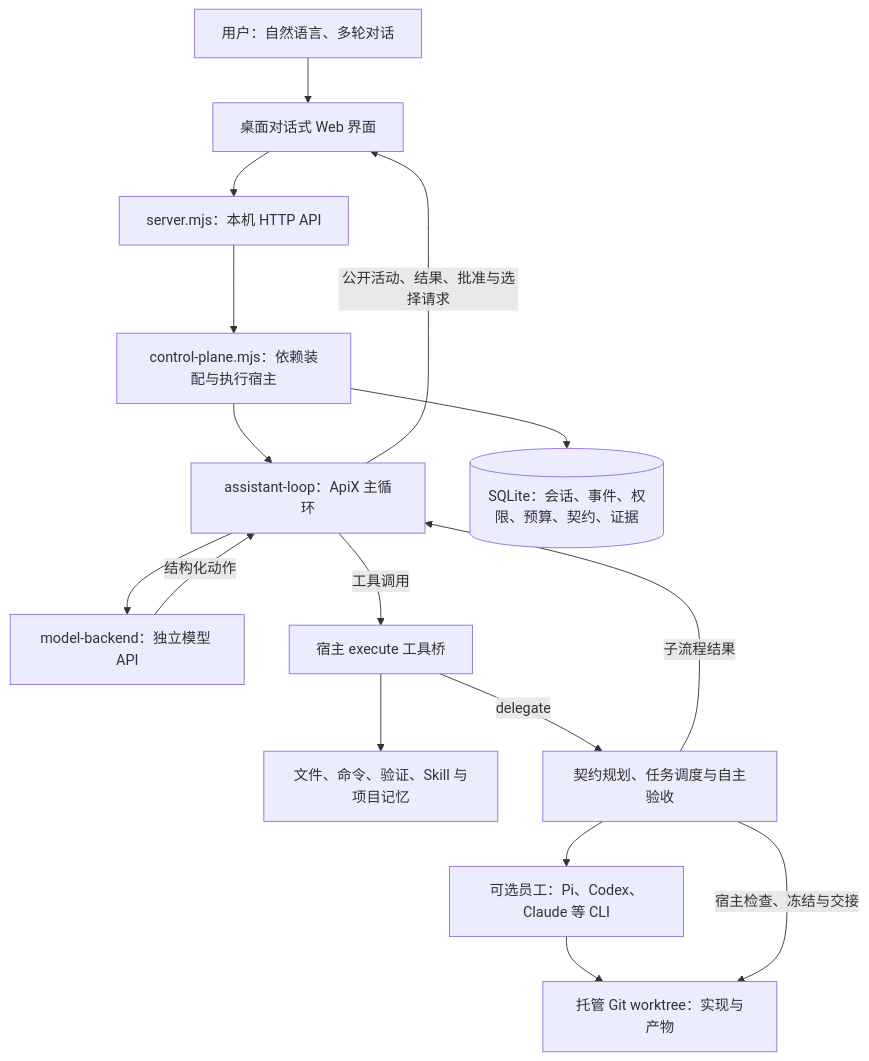
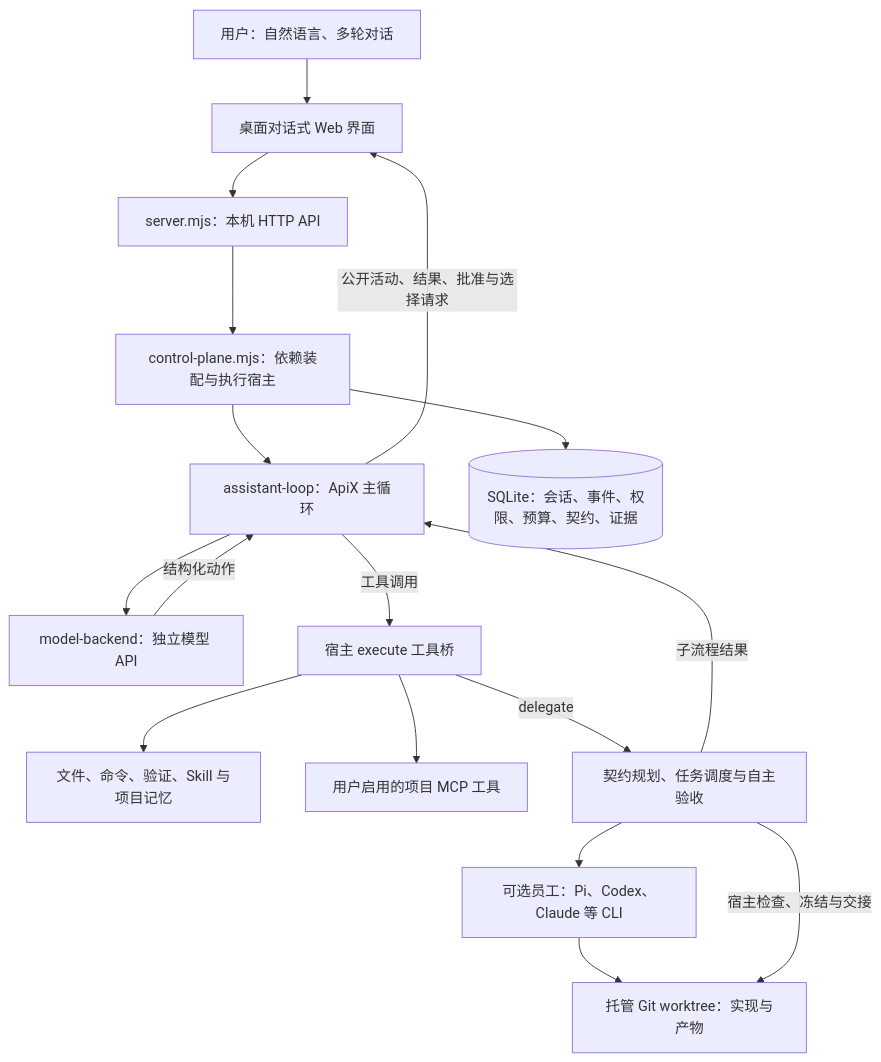
Before and after one commit to Makimasdog/ApiX-Control-Center: the first of 4 diagrams in docs/ApiX当前架构与主循环.md, drawn with Mermaid. The commit also changed other lines of this file and 12 other files, not shown here.

````diff
--- a/docs/ApiX当前架构与主循环.md
+++ b/docs/ApiX当前架构与主循环.md
@@ -9,18 +9,19 @@
 ```mermaid
 flowchart TB
     U[用户：自然语言、多轮对话] --> UI[桌面对话式 Web 界面]
     UI --> API[server.mjs：本机 HTTP API]
     API --> HOST[control-plane.mjs：依赖装配与执行宿主]
     HOST --> MAIN[assistant-loop：ApiX 主循环]
     MAIN --> MODEL[model-backend：独立模型 API]
     MODEL -->|结构化动作| MAIN
     MAIN -->|工具调用| BRIDGE[宿主 execute 工具桥]
     BRIDGE --> LOCAL[文件、命令、验证、Skill 与项目记忆]
+    BRIDGE --> MCP[用户启用的项目 MCP 工具]
     BRIDGE -->|delegate| TEAM[契约规划、任务调度与自主验收]
     TEAM --> CLI[可选员工：Pi、Codex、Claude 等 CLI]
     CLI --> WT[托管 Git worktree：实现与产物]
     TEAM -->|宿主检查、冻结与交接| WT
     HOST --> DB[(SQLite：会话、事件、权限、预算、契约、证据)]
     TEAM -->|子流程结果| MAIN
     MAIN -->|公开活动、结果、批准与选择请求| UI
 ```
````
